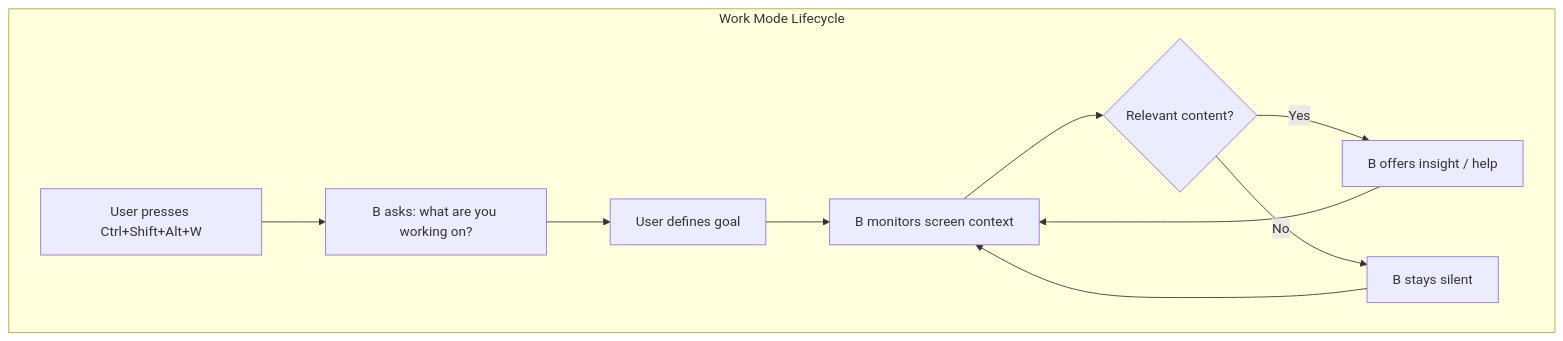
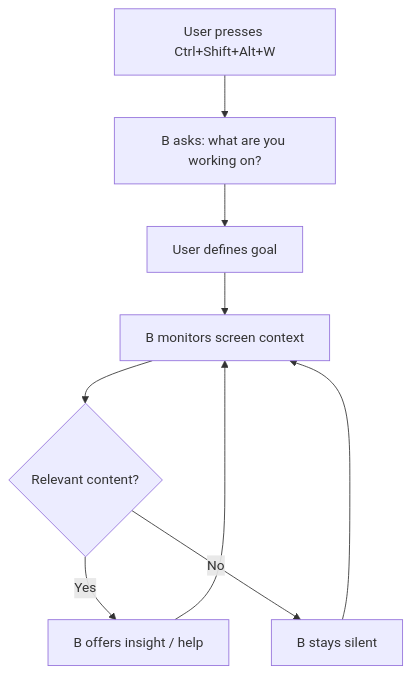
One commit to AhmadHassan-BTed/B changed the fifth of 5 diagrams in README.md. Above: the diagram before and after it, drawn with Mermaid. The commit also changed other lines of this file, not shown here.

Commit message:
refactor: update mermaid diagrams for improved clarity and consistency

````diff
--- a/README.md
+++ b/README.md
@@ -274,13 +274,11 @@
 ```mermaid
 flowchart TB
-    subgraph "Work Mode Lifecycle"
-        A[User presses Ctrl+Shift+Alt+W] --> B[B asks: what are you working on?]
-        B --> C[User defines goal]
-        C --> D[B monitors screen context]
-        D --> E{Relevant content?}
-        E -->|Yes| F[B offers insight / help]
-        E -->|No| G[B stays silent]
-        F --> D
-        G --> D
-    end
+    A["User presses Ctrl+Shift+Alt+W"] --> B["B asks: what are you working on?"]
+    B --> C["User defines goal"]
+    C --> D["B monitors screen context"]
+    D --> E{"Relevant content?"}
+    E -- "Yes" --> F["B offers insight / help"]
+    E -- "No" --> G["B stays silent"]
+    F --> D
+    G --> D
 ```
````
